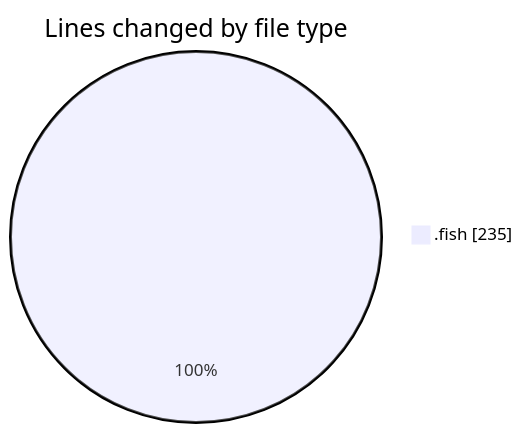
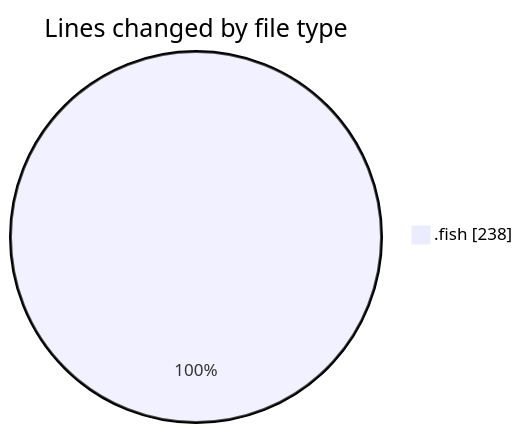
Before and after one commit to EIIisD/code-tracking: the first of 2 diagrams in 2025-08-03/fish/README.md, drawn with Mermaid. The commit also changed other lines of this file and 1 other file, not shown here.

````diff
--- a/2025-08-03/fish/README.md
+++ b/2025-08-03/fish/README.md
@@ -22,5 +22,5 @@
 ```mermaid
 pie showData
 title Lines changed by file type
-".fish" : 235
+".fish" : 238
 ```
````
